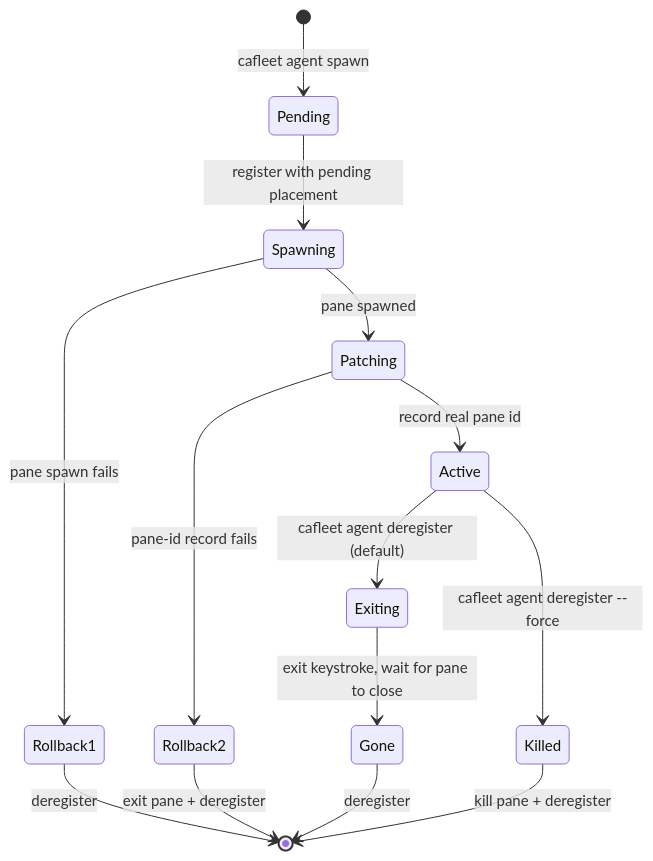
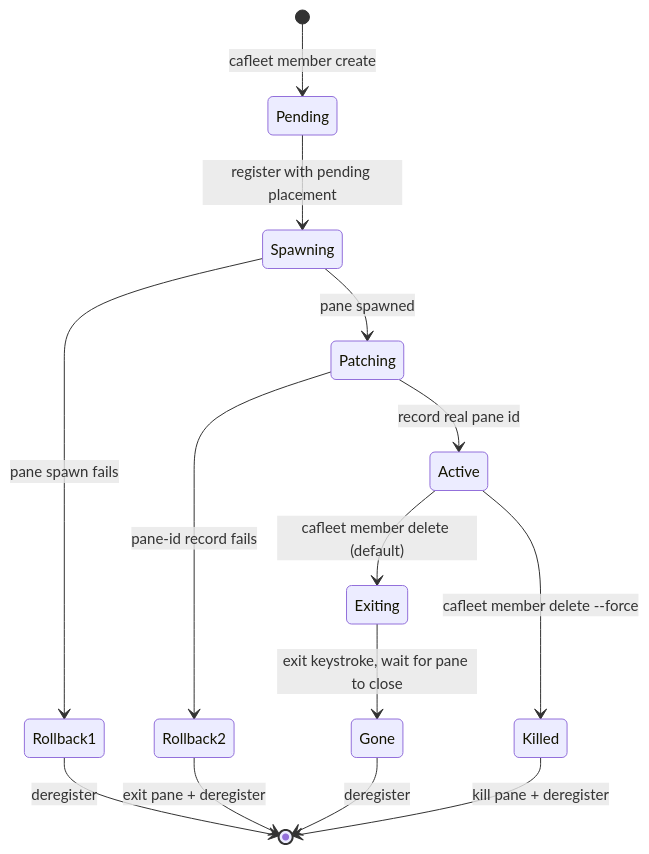
The diagram in docs/concepts/member-lifecycle.md (himkt/cafleet), drawn with Mermaid before and after one commit. The commit also changed other lines of this file and 17 other files, not shown here.

````diff
--- a/docs/concepts/member-lifecycle.md
+++ b/docs/concepts/member-lifecycle.md
@@ -24,20 +24,20 @@
 ```mermaid
 %%{init: {'theme': 'default', 'themeVariables': {'fontSize': '15px'}}}%%
 stateDiagram-v2
-    [*] --> Pending: cafleet agent spawn
+    [*] --> Pending: cafleet member create
     Pending --> Spawning: register with pending placement
     Spawning --> Patching: pane spawned
     Patching --> Active: record real pane id
 
     Spawning --> Rollback1: pane spawn fails
     Patching --> Rollback2: pane-id record fails
     Rollback1 --> [*]: deregister
     Rollback2 --> [*]: exit pane + deregister
 
-    Active --> Exiting: cafleet agent deregister (default)
+    Active --> Exiting: cafleet member delete (default)
     Exiting --> Gone: exit keystroke, wait for pane to close
     Gone --> [*]: deregister
 
-    Active --> Killed: cafleet agent deregister --force
+    Active --> Killed: cafleet member delete --force
     Killed --> [*]: kill pane + deregister
 ```
````
